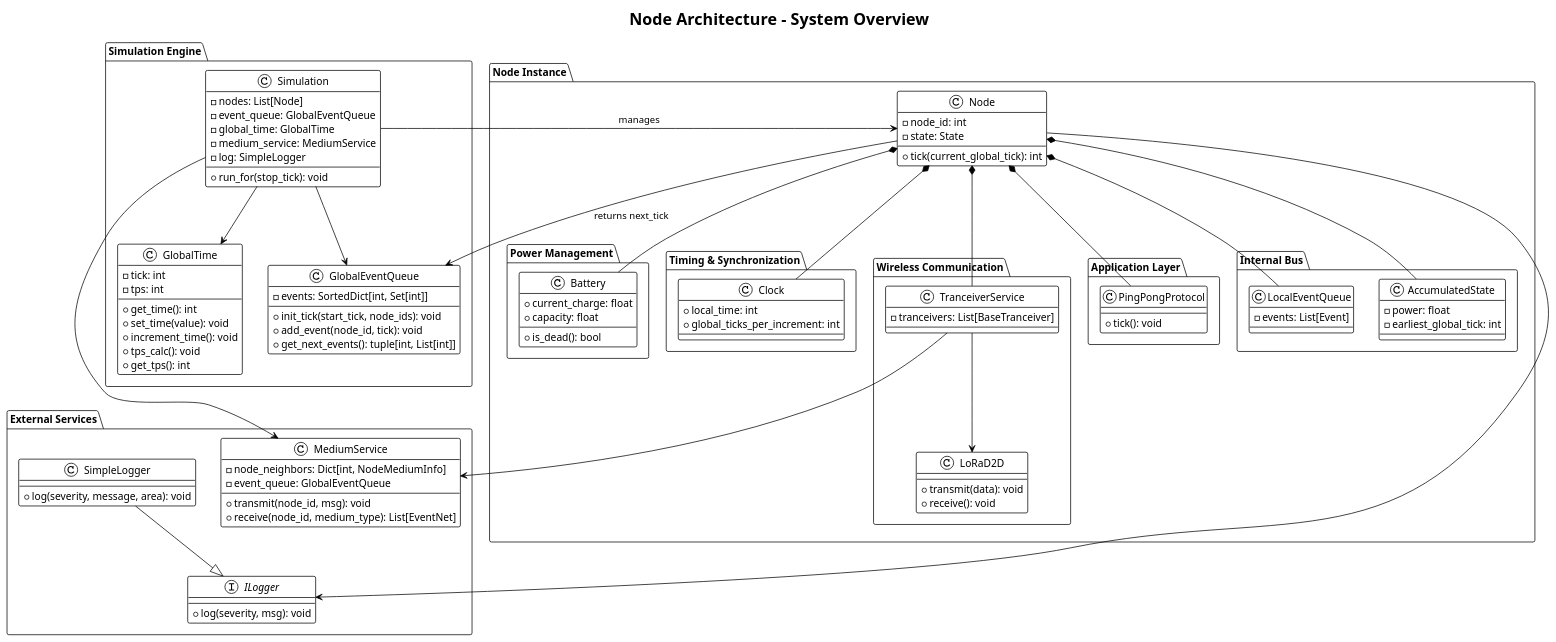
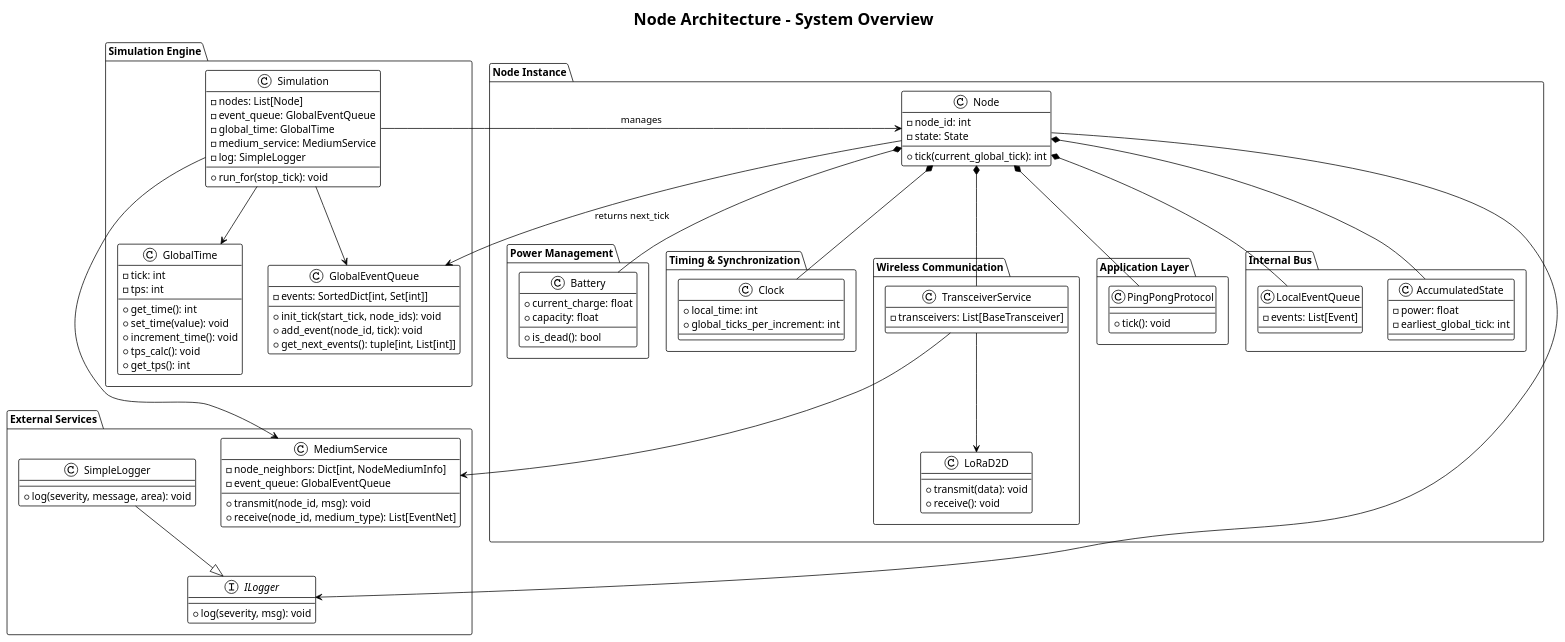
One commit to Mikkelnn/ES8-Project changed the diagram in Figures/technicalAnalysis/simulator/node/node_architecture_overview.puml. Above: the diagram before and after it, drawn with PlantUML. The commit also changed 16 other files, not shown here.

```diff
--- a/Figures/technicalAnalysis/simulator/node/node_architecture_overview.puml
+++ b/Figures/technicalAnalysis/simulator/node/node_architecture_overview.puml
@@ -1,125 +1,125 @@
 @startuml Node_Architecture_Overview
 !theme plain
 title Node Architecture - System Overview
 
 package "Simulation Engine" {
     class Simulation {
         - nodes: List[Node]
         - event_queue: GlobalEventQueue
         - global_time: GlobalTime
         - medium_service: MediumService
         - log: SimpleLogger
         --
         + run_for(stop_tick): void
     }
 
     class GlobalEventQueue {
         - events: SortedDict[int, Set[int]]
         --
         + init_tick(start_tick, node_ids): void
         + add_event(node_id, tick): void
         + get_next_events(): tuple[int, List[int]]
     }
 
     class GlobalTime {
         - tick: int
         - tps: int
         --
         + get_time(): int
         + set_time(value): void
         + increment_time(): void
         + tps_calc(): void
         + get_tps(): int
     }
 
     Simulation --> GlobalEventQueue
     Simulation --> GlobalTime
 }
 
 package "Node Instance" {
     package "Power Management" {
         class Battery {
             + current_charge: float
             + capacity: float
             + is_dead(): bool
         }
     }
 
     package "Timing & Synchronization" {
         class Clock {
             + local_time: int
             + global_ticks_per_increment: int
         }
     }
 
     package "Wireless Communication" {
-        class TranceiverService {
-            - tranceivers: List[BaseTranceiver]
+        class TransceiverService {
+            - transceivers: List[BaseTransceiver]
         }
         
         class LoRaD2D {
             + transmit(data): void
             + receive(): void
         }
         
-        TranceiverService --> LoRaD2D
+        TransceiverService --> LoRaD2D
     }
 
     package "Application Layer" {
         class PingPongProtocol {
             + tick(): void
         }
     }
 
     package "Internal Bus" {
         class LocalEventQueue {
             - events: List[Event]
         }
         
         class AccumulatedState {
             - power: float
             - earliest_global_tick: int
         }
     }
 
     class Node {
         - node_id: int
         - state: State
         + tick(current_global_tick): int
     }
 
     Node *-- Battery
     Node *-- Clock
-    Node *-- TranceiverService
+    Node *-- TransceiverService
     Node *-- PingPongProtocol
     Node *-- LocalEventQueue
     Node *-- AccumulatedState
 }
 
 package "External Services" {
     class MediumService {
         - node_neighbors: Dict[int, NodeMediumInfo]
         - event_queue: GlobalEventQueue
         --
         + transmit(node_id, msg): void
         + receive(node_id, medium_type): List[EventNet]
     }
     
     class SimpleLogger {
         + log(severity, message, area): void
     }
     
     interface ILogger {
         + log(severity, msg): void
     }
     
     SimpleLogger --|> ILogger
 }
 
 Simulation --> Node: manages
 Simulation --> MediumService
 Node --> GlobalEventQueue: returns next_tick
-TranceiverService --> MediumService
+TransceiverService --> MediumService
 Node --> ILogger
 
 @enduml
```
